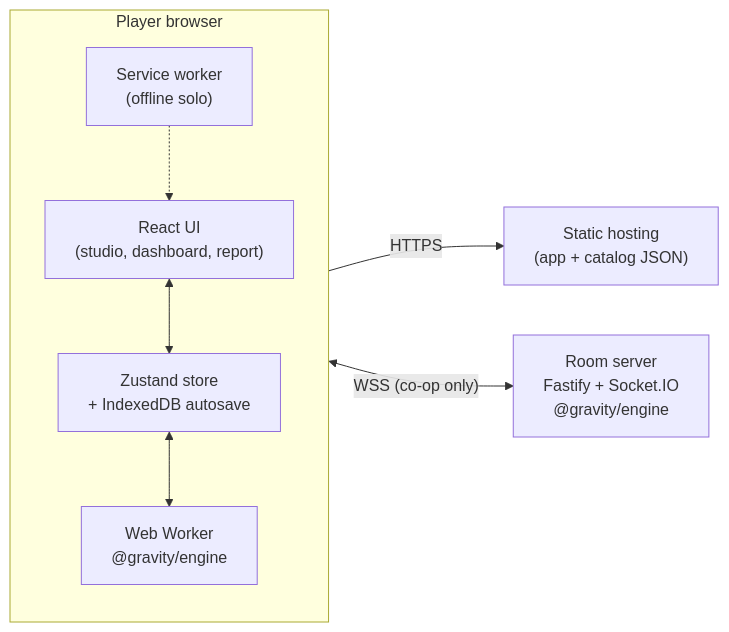
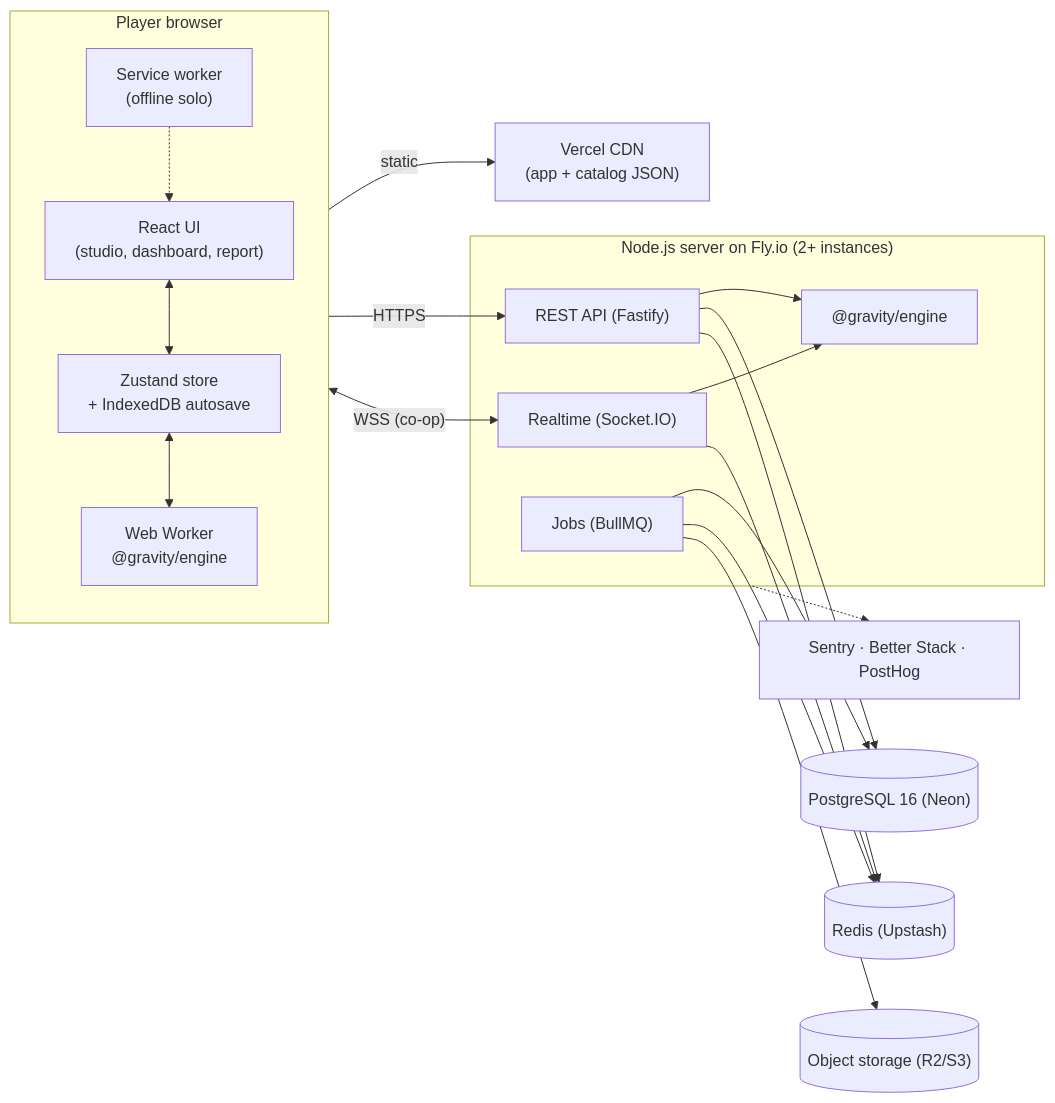
One commit to KANISHQ09/Team-Gravity changed the first of 4 diagrams in docs/ARCHITECTURE.md. Above: the diagram before and after it, drawn with Mermaid. The commit also changed other lines of this file and 10 other files, not shown here.

````diff
--- a/docs/ARCHITECTURE.md
+++ b/docs/ARCHITECTURE.md
@@ -15,16 +15,35 @@
 ```mermaid
 flowchart LR
   subgraph Browser["Player browser"]
     UI["React UI<br/>(studio, dashboard, report)"]
     ST["Zustand store<br/>+ IndexedDB autosave"]
     WK["Web Worker<br/>@gravity/engine"]
     SW["Service worker<br/>(offline solo)"]
     UI <--> ST
     ST <--> WK
     SW -.-> UI
   end
-  CDN["Static hosting<br/>(app + catalog JSON)"]
-  RT["Room server<br/>Fastify + Socket.IO<br/>@gravity/engine"]
-  Browser -->|HTTPS| CDN
-  Browser <-->|"WSS (co-op only)"| RT
+  CDN["Vercel CDN<br/>(app + catalog JSON)"]
+  subgraph Server["Node.js server on Fly.io (2+ instances)"]
+    API["REST API (Fastify)"]
+    RT["Realtime (Socket.IO)"]
+    ENG["@gravity/engine"]
+    JOB["Jobs (BullMQ)"]
+    API --> ENG
+    RT --> ENG
+  end
+  PG[("PostgreSQL 16 (Neon)")]
+  RD[("Redis (Upstash)")]
+  OBJ[("Object storage (R2/S3)")]
+  MON["Sentry · Better Stack · PostHog"]
+  Browser -->|static| CDN
+  Browser -->|HTTPS| API
+  Browser <-->|"WSS (co-op)"| RT
+  API --> PG
+  API --> RD
+  RT --> RD
+  JOB --> PG
+  JOB --> RD
+  JOB --> OBJ
+  Server -.-> MON
 ```
````
